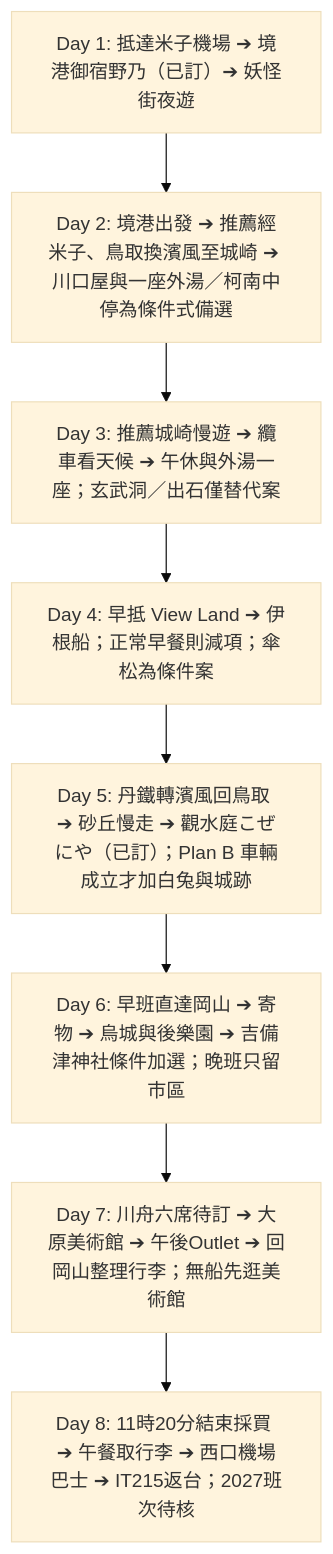
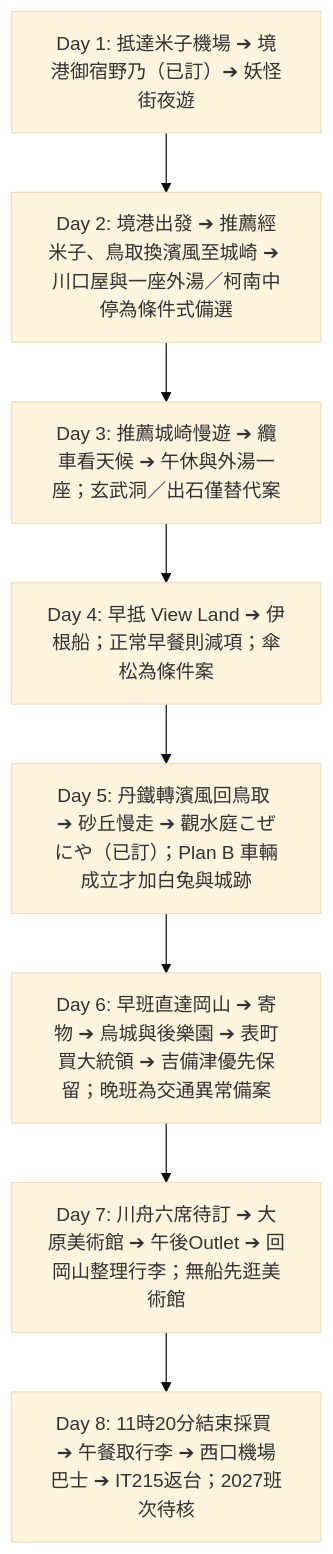
Before and after one commit to iamkeith001/sanin-trip-2027: the diagram in README.md, drawn with Mermaid (base theme). The commit also changed other lines of this file and 5 other files, not shown here.

````diff
--- a/README.md
+++ b/README.md
@@ -42,10 +43,10 @@
 ```mermaid
 graph TD
     Day1[Day 1: 抵達米子機場 ➔ 境港御宿野乃（已訂）➔ 妖怪街夜遊] --> Day2[Day 2: 境港出發 ➔ 推薦經米子、鳥取換濱風至城崎 ➔ 川口屋與一座外湯／柯南中停為條件式備選]
     Day2 --> Day3[Day 3: 推薦城崎慢遊 ➔ 纜車看天候 ➔ 午休與外湯一座；玄武洞／出石僅替代案]
     Day3 --> Day4[Day 4: 早抵 View Land ➔ 伊根船；正常早餐則減項；傘松為條件案]
     Day4 --> Day5[Day 5: 丹鐵轉濱風回鳥取 ➔ 砂丘慢走 ➔ 觀水庭こぜにや（已訂）；Plan B 車輛成立才加白兔與城跡]
-    Day5 --> Day6[Day 6: 早班直達岡山 ➔ 寄物 ➔ 烏城與後樂園 ➔ 吉備津神社條件加選；晚班只留市區]
+    Day5 --> Day6[Day 6: 早班直達岡山 ➔ 寄物 ➔ 烏城與後樂園 ➔ 表町買大統領 ➔ 吉備津優先保留；晚班為交通異常備案]
     Day6 --> Day7[Day 7: 川舟六席待訂 ➔ 大原美術館 ➔ 午後Outlet ➔ 回岡山整理行李；無船先逛美術館]
     Day7 --> Day8[Day 8: 11時20分結束採買 ➔ 午餐取行李 ➔ 西口機場巴士 ➔ IT215返台；2027班次待核]
 ```
````
